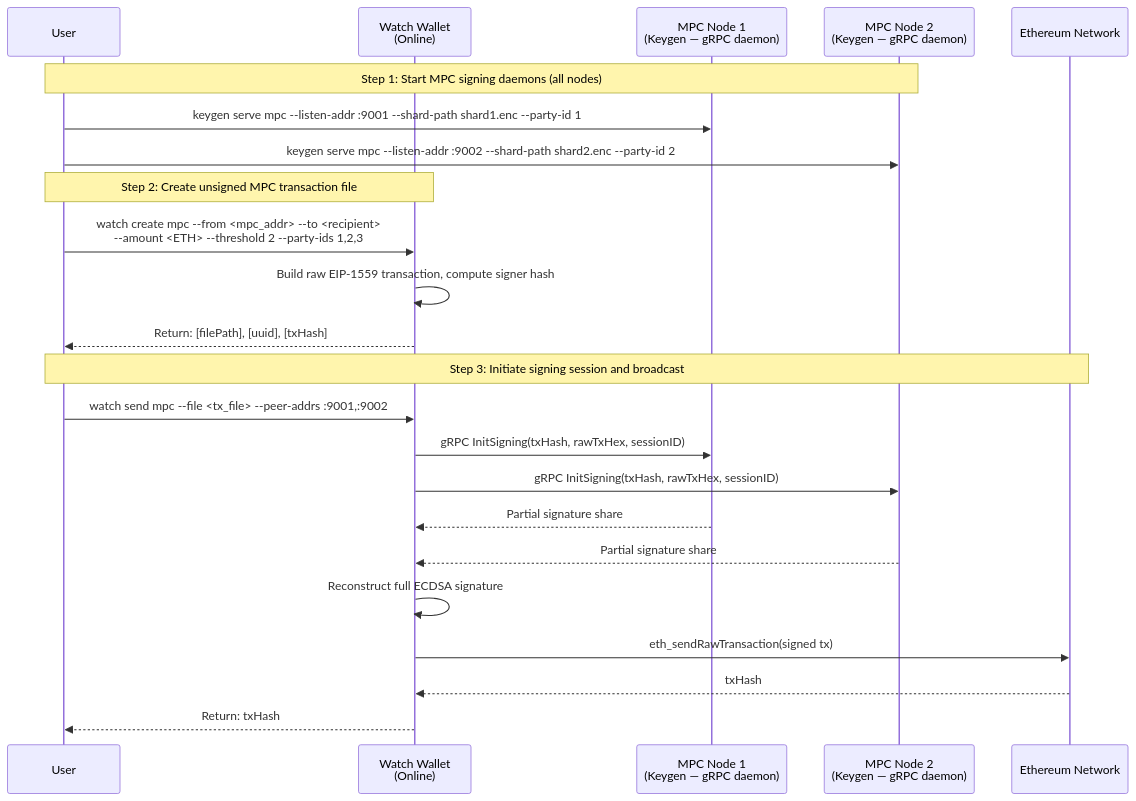
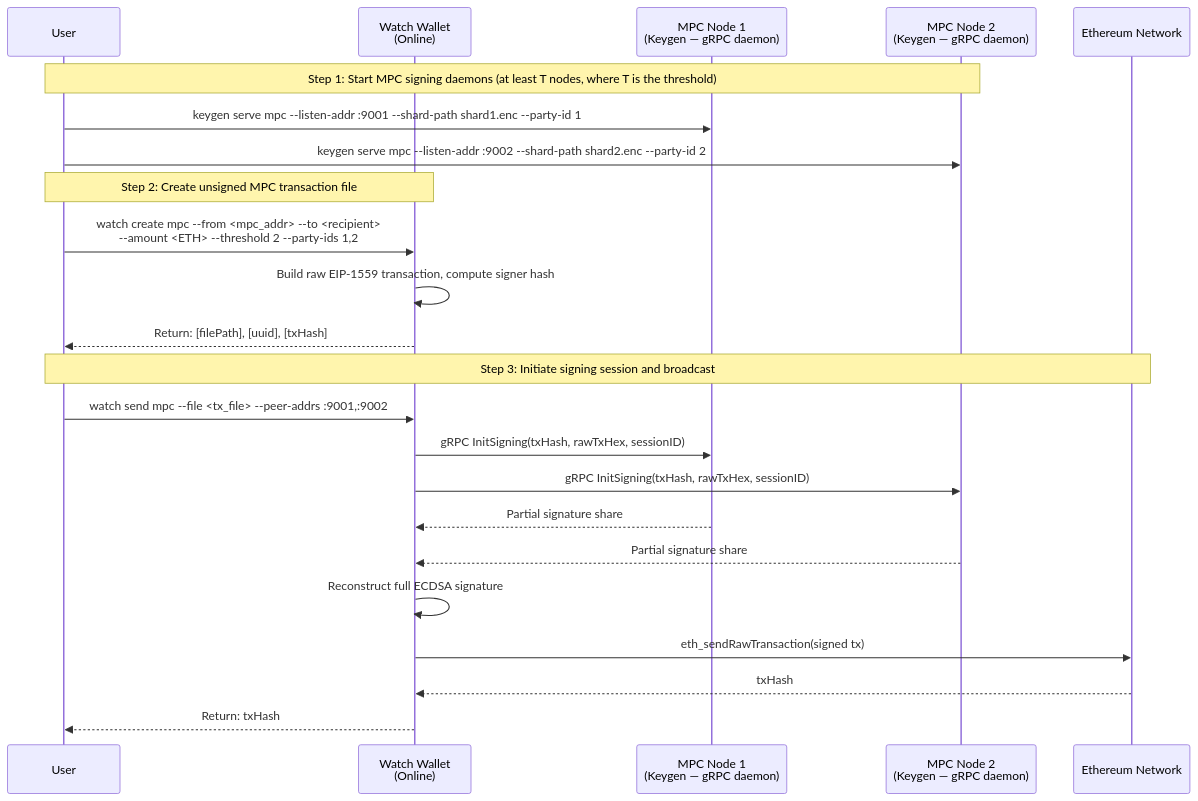
The eighth of 9 diagrams in docs/transaction-flow.md (hiromaily/go-crypto-wallet), drawn with Mermaid before and after one commit.

Commit message:
docs(eth): fix MPC-TSS diagram party-ids and daemon note
- watch create mpc: use threshold count party-ids (1,2) not all (1,2,3)
- serve mpc note: clarify "at least T nodes" instead of "all nodes"

````diff
--- a/docs/transaction-flow.md
+++ b/docs/transaction-flow.md
@@ -300,28 +300,28 @@
 ```mermaid
 sequenceDiagram
     participant User
     participant Watch as Watch Wallet<br/>(Online)
     participant Node1 as MPC Node 1<br/>(Keygen — gRPC daemon)
     participant Node2 as MPC Node 2<br/>(Keygen — gRPC daemon)
     participant Chain as Ethereum Network
 
-    Note over User,Node2: Step 1: Start MPC signing daemons (all nodes)
+    Note over User,Node2: Step 1: Start MPC signing daemons (at least T nodes, where T is the threshold)
     User->>Node1: keygen serve mpc --listen-addr :9001 --shard-path shard1.enc --party-id 1
     User->>Node2: keygen serve mpc --listen-addr :9002 --shard-path shard2.enc --party-id 2
 
     Note over User,Watch: Step 2: Create unsigned MPC transaction file
-    User->>Watch: watch create mpc --from <mpc_addr> --to <recipient><br/>--amount <ETH> --threshold 2 --party-ids 1,2,3
+    User->>Watch: watch create mpc --from <mpc_addr> --to <recipient><br/>--amount <ETH> --threshold 2 --party-ids 1,2
     Watch->>Watch: Build raw EIP-1559 transaction, compute signer hash
     Watch-->>User: Return: [filePath], [uuid], [txHash]
 
     Note over User,Chain: Step 3: Initiate signing session and broadcast
     User->>Watch: watch send mpc --file <tx_file> --peer-addrs :9001,:9002
     Watch->>Node1: gRPC InitSigning(txHash, rawTxHex, sessionID)
     Watch->>Node2: gRPC InitSigning(txHash, rawTxHex, sessionID)
     Node1-->>Watch: Partial signature share
     Node2-->>Watch: Partial signature share
     Watch->>Watch: Reconstruct full ECDSA signature
     Watch->>Chain: eth_sendRawTransaction(signed tx)
     Chain-->>Watch: txHash
     Watch-->>User: Return: txHash
 ```
````
